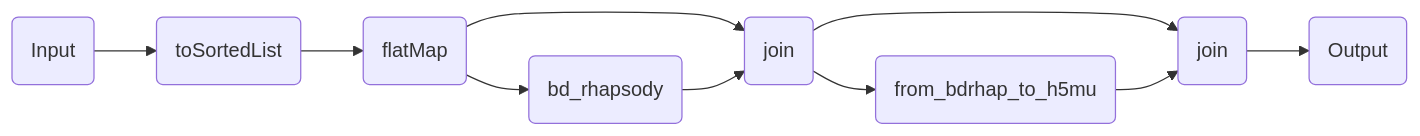
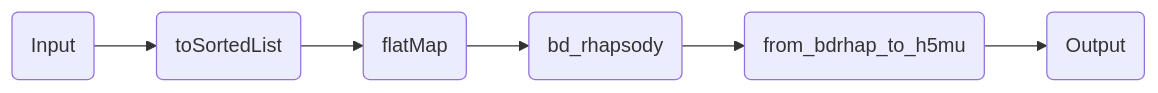
Before and after one commit to openpipelines-bio/website: the diagram in components/workflows/ingestion/bd_rhapsody.qmd, drawn with Mermaid. The commit also changed other lines of this file and 15 other files, not shown here.

````diff
--- a/components/workflows/ingestion/bd_rhapsody.qmd
+++ b/components/workflows/ingestion/bd_rhapsody.qmd
@@ -178,22 +179,16 @@
 ```{mermaid}
 %%| column: screen-inset-shaded
 flowchart LR
     p0(Input)
     p2(toSortedList)
     p4(flatMap)
-    p13(join)
     p11(bd_rhapsody)
-    p23(join)
     p21(from_bdrhap_to_h5mu)
     p28(Output)
     p0-->p2
     p2-->p4
-    p4-->p13
     p4-->p11
-    p11-->p13
-    p13-->p23
-    p13-->p21
-    p21-->p23
-    p23-->p28
+    p11-->p21
+    p21-->p28
 
 ```
````
